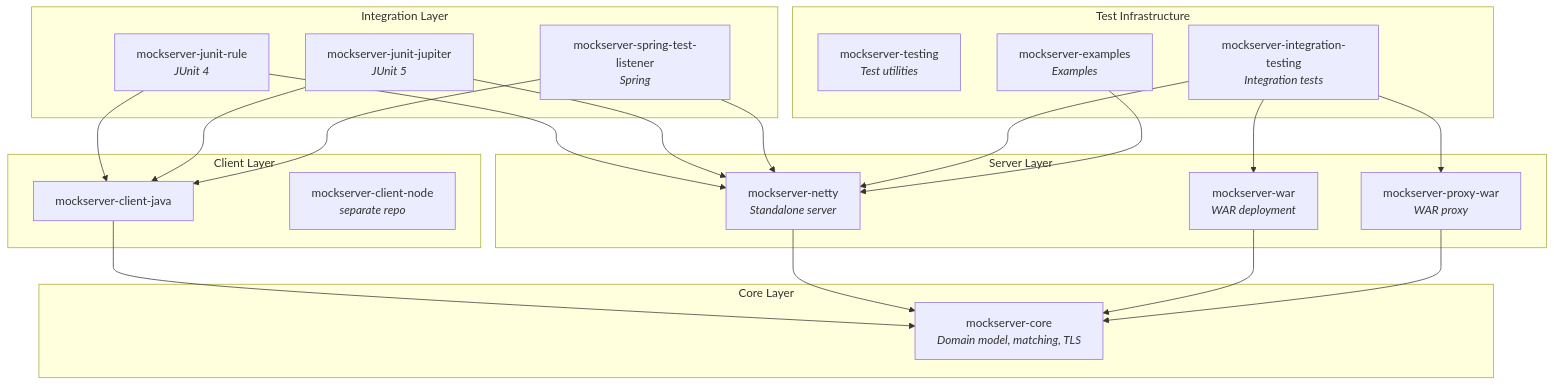
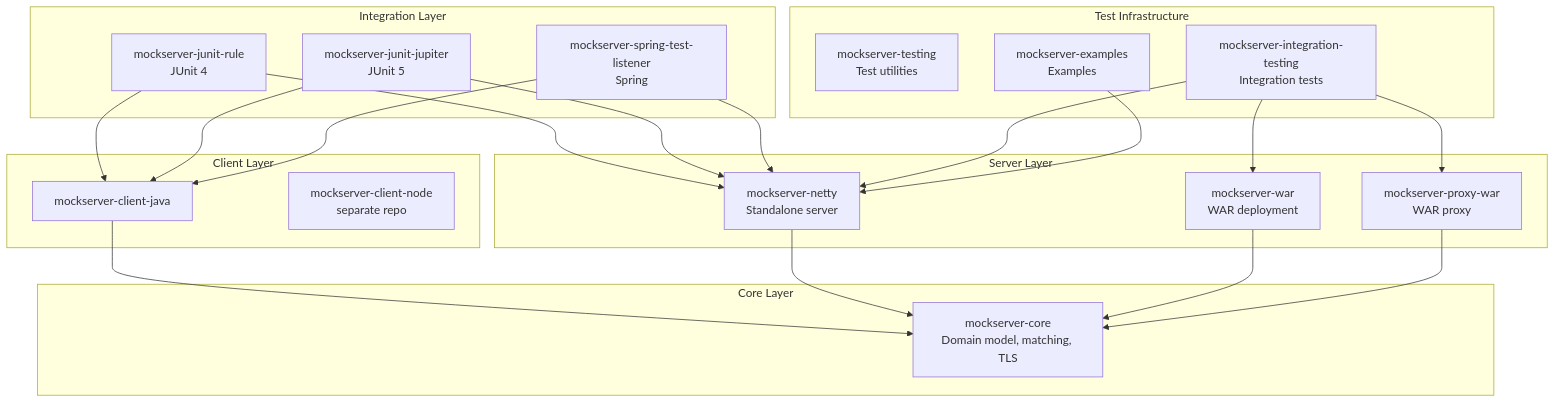
Before and after one commit to mock-server/mockserver: the first of 2 diagrams in docs/architecture.md, drawn with Mermaid. The commit also changed 21 other files, not shown here.

First line of the commit message:
fix(docs): remove HTML tags from Mermaid diagrams to fix GitHub rendering

````diff
--- a/docs/architecture.md
+++ b/docs/architecture.md
@@ -9,44 +9,55 @@
 ```mermaid
 graph TB
     subgraph "Client Layer"
         JC[mockserver-client-java]
-        NC[mockserver-client-node<br/><i>separate repo</i>]
+        NC["mockserver-client-node
+separate repo"]
     end
 
     subgraph "Server Layer"
-        MN[mockserver-netty<br/><i>Standalone server</i>]
-        MW[mockserver-war<br/><i>WAR deployment</i>]
-        MPW[mockserver-proxy-war<br/><i>WAR proxy</i>]
+        MN["mockserver-netty
+Standalone server"]
+        MW["mockserver-war
+WAR deployment"]
+        MPW["mockserver-proxy-war
+WAR proxy"]
     end
 
     subgraph "Integration Layer"
-        JR[mockserver-junit-rule<br/><i>JUnit 4</i>]
-        JJ[mockserver-junit-jupiter<br/><i>JUnit 5</i>]
-        STL[mockserver-spring-test-listener<br/><i>Spring</i>]
+        JR["mockserver-junit-rule
+JUnit 4"]
+        JJ["mockserver-junit-jupiter
+JUnit 5"]
+        STL["mockserver-spring-test-listener
+Spring"]
     end
 
     subgraph "Core Layer"
-        MC[mockserver-core<br/><i>Domain model, matching, TLS</i>]
+        MC["mockserver-core
+Domain model, matching, TLS"]
     end
 
     subgraph "Test Infrastructure"
-        MT[mockserver-testing<br/><i>Test utilities</i>]
-        MIT[mockserver-integration-testing<br/><i>Integration tests</i>]
-        ME[mockserver-examples<br/><i>Examples</i>]
+        MT["mockserver-testing
+Test utilities"]
+        MIT["mockserver-integration-testing
+Integration tests"]
+        ME["mockserver-examples
+Examples"]
     end
 
     JC --> MC
     MN --> MC
     MW --> MC
     MPW --> MC
     JR --> MN
     JR --> JC
     JJ --> MN
     JJ --> JC
     STL --> MN
     STL --> JC
     MIT --> MN
     MIT --> MW
     MIT --> MPW
     ME --> MN
 ```
````
